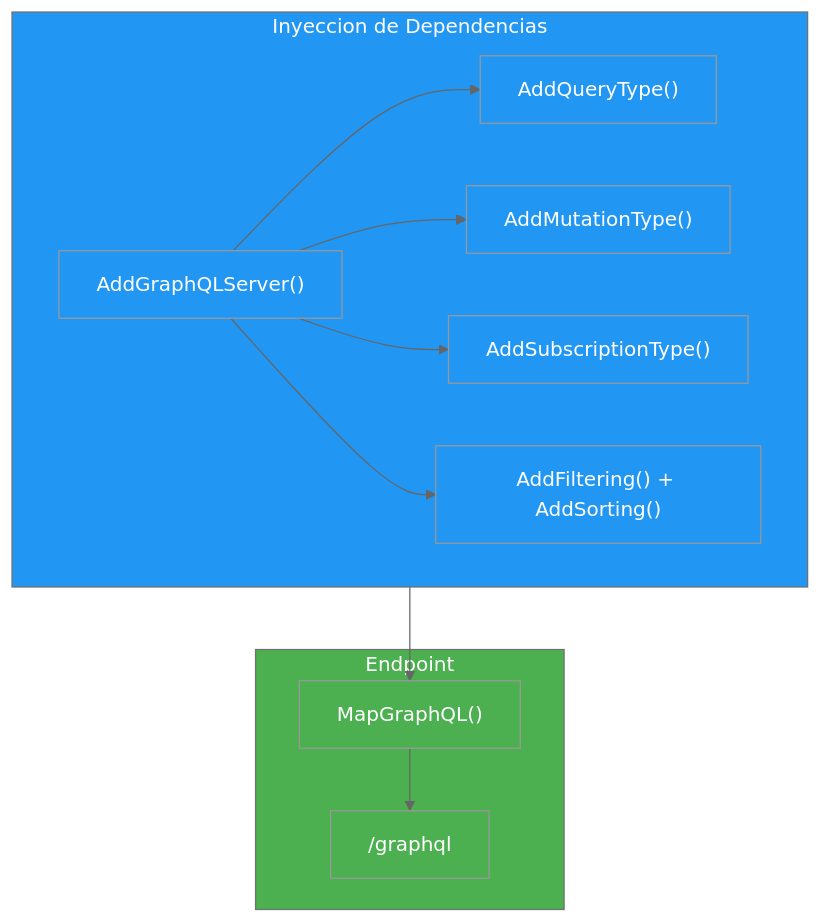
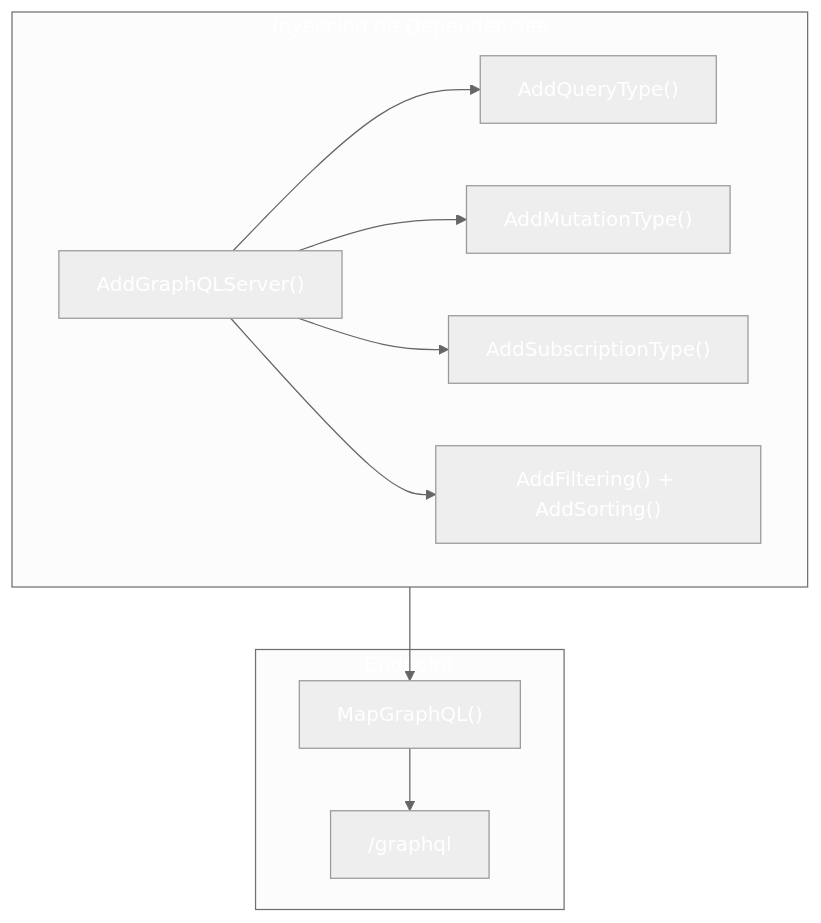
The third of 10 diagrams in 19-graphql.md (joseluisgs/DesarrolloWebEntornosServidor-02-2026-2027), drawn with Mermaid (neutral theme) before and after one commit. The commit also changed other lines of this file and 41 other files, not shown here.

````diff
--- a/19-graphql.md
+++ b/19-graphql.md
@@ -190,25 +190,25 @@
 ```mermaid
 flowchart TD
     subgraph DI["Inyeccion de Dependencias"]
         A["AddGraphQLServer()"] --> B["AddQueryType()"]
         A --> C["AddMutationType()"]
         A --> D["AddSubscriptionType()"]
         A --> E["AddFiltering() + AddSorting()"]
     end
 
     subgraph ENDPOINT["Endpoint"]
         F["MapGraphQL()"] --> G["/graphql"]
     end
 
     DI --> F
 
-    style DI fill:#2196F3,color:#fff
-    style ENDPOINT fill:#4CAF50,color:#fff
-    style A fill:#2196F3,color:#fff
-    style B fill:#2196F3,color:#fff
-    style C fill:#2196F3,color:#fff
-    style D fill:#2196F3,color:#fff
-    style E fill:#2196F3,color:#fff
-    style F fill:#4CAF50,color:#fff
-    style G fill:#4CAF50,color:#fff
+    style DI fill:#2196F,color:#fff3,color:#fff
+    style ENDPOINT fill:#4CAF5,color:#fff0,color:#fff
+    style A fill:#2196F,color:#fff3,color:#fff
+    style B fill:#2196F,color:#fff3,color:#fff
+    style C fill:#2196F,color:#fff3,color:#fff
+    style D fill:#2196F,color:#fff3,color:#fff
+    style E fill:#2196F,color:#fff3,color:#fff
+    style F fill:#4CAF5,color:#fff0,color:#fff
+    style G fill:#4CAF5,color:#fff0,color:#fff
 ```
````
